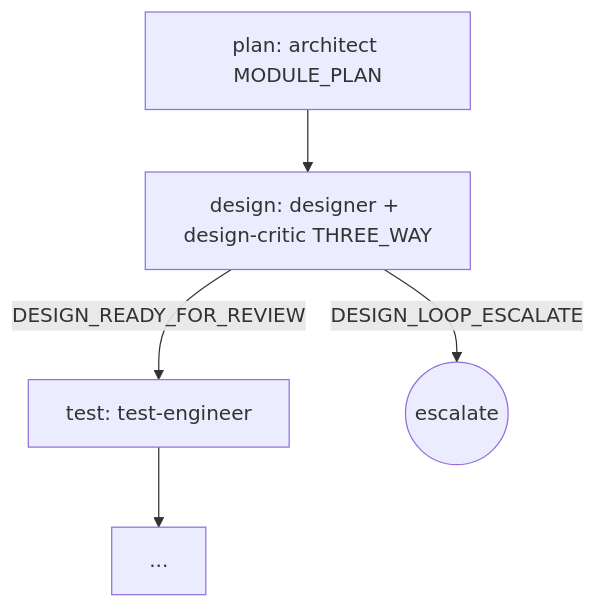
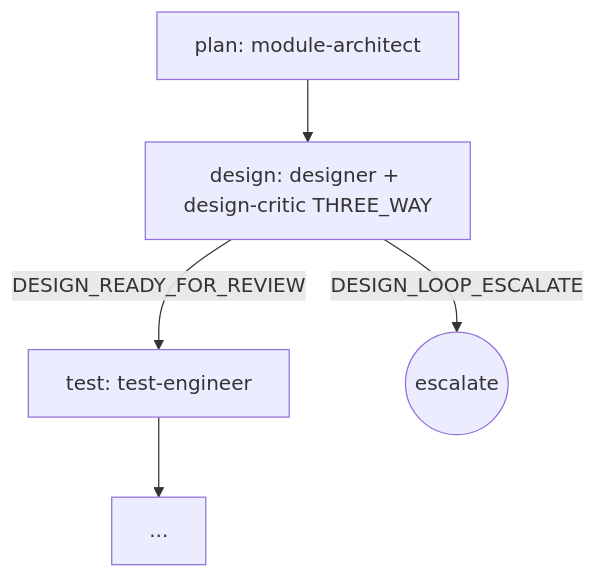
Before and after one commit to alruminum/dcNess: the second of 8 diagrams in docs/plugin/orchestration.md, drawn with Mermaid. The commit also changed other lines of this file and 26 other files, not shown here.

First line of the commit message:
[docs] architect 6 mode → system-architect / module-architect 2 agent 평탄화

````diff
--- a/docs/plugin/orchestration.md
+++ b/docs/plugin/orchestration.md
@@ -87,12 +87,12 @@
 ```mermaid
 flowchart TD
-    plan[plan: architect MODULE_PLAN]
+    plan[plan: module-architect]
     design[design: designer + design-critic THREE_WAY]
     test[test: test-engineer]
     impl[...]
 
     plan --> design
     design -->|DESIGN_READY_FOR_REVIEW| test
     design -->|DESIGN_LOOP_ESCALATE| esc((escalate))
     test --> impl
 ```
````
